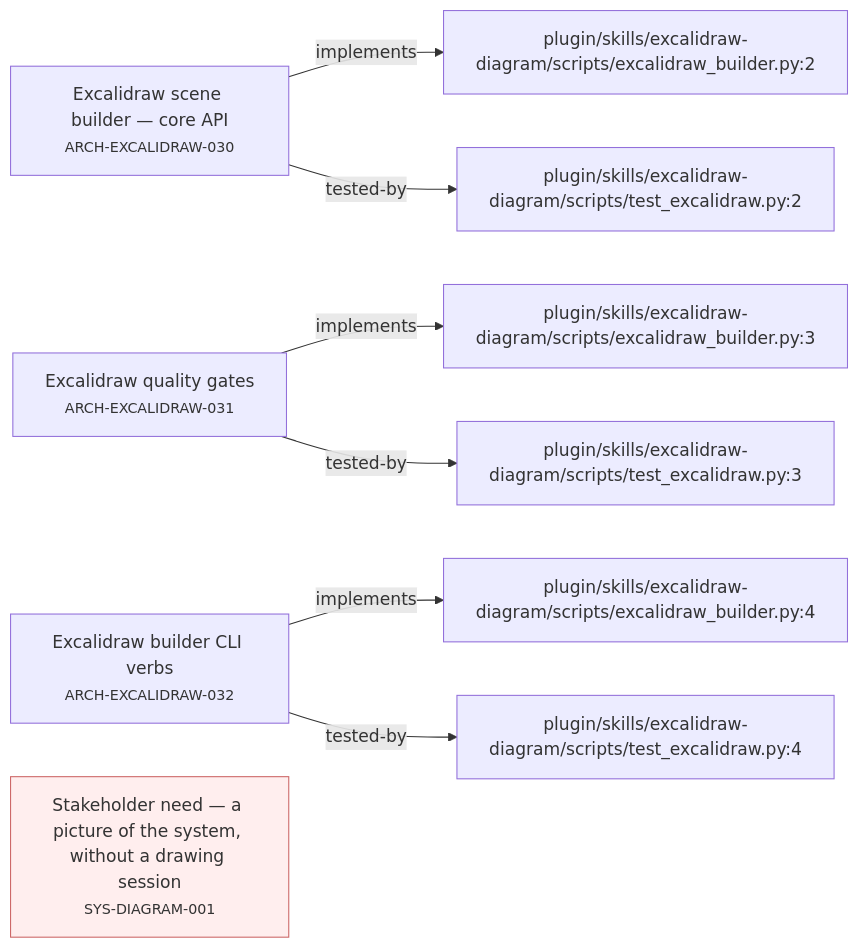
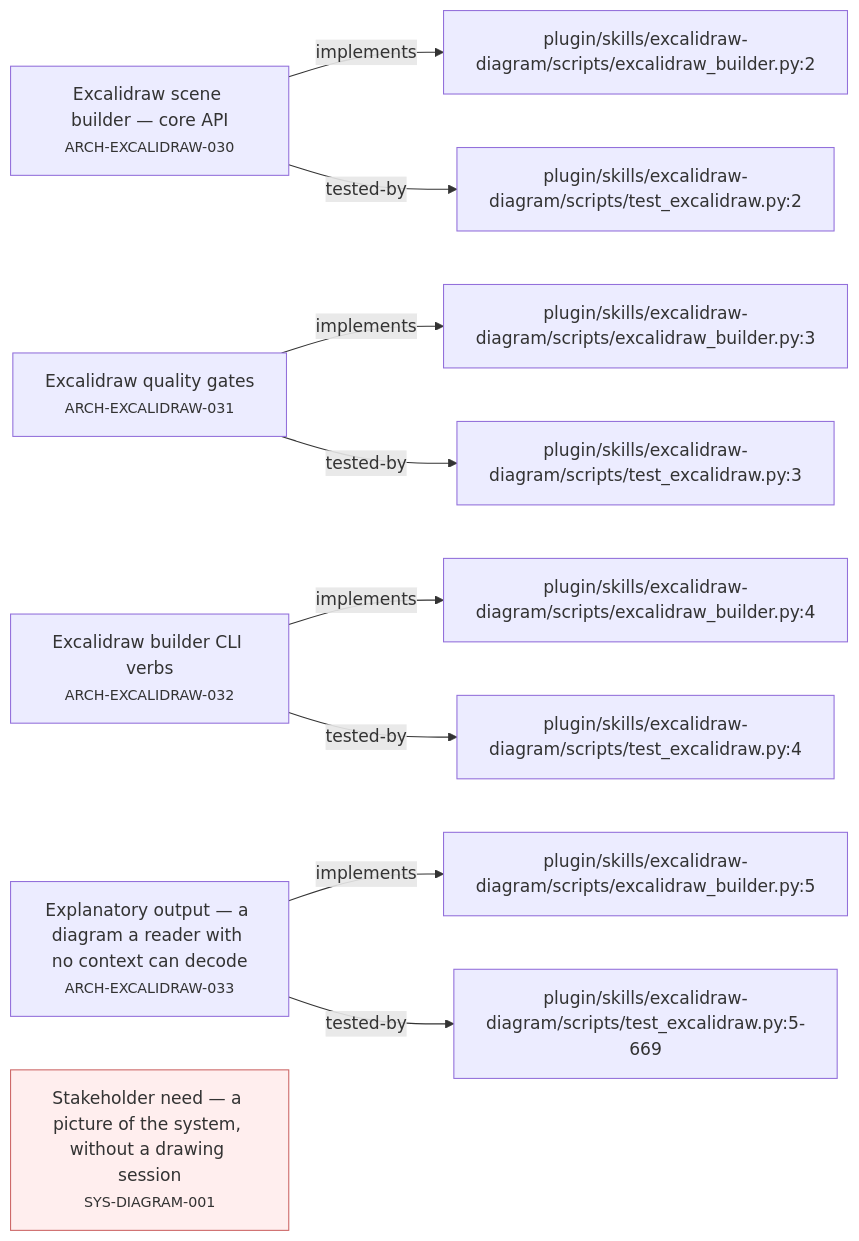
The third of 5 diagrams in plugin/requirements/_map.md (alxmax/excalidraw-diagram), drawn with Mermaid before and after one commit. The commit also changed other lines of this file and 18 other files, not shown here.

````diff
--- a/plugin/requirements/_map.md
+++ b/plugin/requirements/_map.md
@@ -56,20 +61,25 @@
 ```mermaid
 graph LR
   ARCH_EXCALIDRAW_030["Excalidraw scene builder — core API<br><small>ARCH-EXCALIDRAW-030</small>"]
   f_plugin_skills_excalidraw_diagram_scripts_excalidraw_builder_py_2["plugin/skills/excalidraw-diagram/scripts/excalidraw_builder.py:2"]
   ARCH_EXCALIDRAW_030 -->|implements| f_plugin_skills_excalidraw_diagram_scripts_excalidraw_builder_py_2
   f_plugin_skills_excalidraw_diagram_scripts_test_excalidraw_py_2["plugin/skills/excalidraw-diagram/scripts/test_excalidraw.py:2"]
   ARCH_EXCALIDRAW_030 -->|tested-by| f_plugin_skills_excalidraw_diagram_scripts_test_excalidraw_py_2
   ARCH_EXCALIDRAW_031["Excalidraw quality gates<br><small>ARCH-EXCALIDRAW-031</small>"]
   f_plugin_skills_excalidraw_diagram_scripts_excalidraw_builder_py_3["plugin/skills/excalidraw-diagram/scripts/excalidraw_builder.py:3"]
   ARCH_EXCALIDRAW_031 -->|implements| f_plugin_skills_excalidraw_diagram_scripts_excalidraw_builder_py_3
   f_plugin_skills_excalidraw_diagram_scripts_test_excalidraw_py_3["plugin/skills/excalidraw-diagram/scripts/test_excalidraw.py:3"]
   ARCH_EXCALIDRAW_031 -->|tested-by| f_plugin_skills_excalidraw_diagram_scripts_test_excalidraw_py_3
   ARCH_EXCALIDRAW_032["Excalidraw builder CLI verbs<br><small>ARCH-EXCALIDRAW-032</small>"]
   f_plugin_skills_excalidraw_diagram_scripts_excalidraw_builder_py_4["plugin/skills/excalidraw-diagram/scripts/excalidraw_builder.py:4"]
   ARCH_EXCALIDRAW_032 -->|implements| f_plugin_skills_excalidraw_diagram_scripts_excalidraw_builder_py_4
   f_plugin_skills_excalidraw_diagram_scripts_test_excalidraw_py_4["plugin/skills/excalidraw-diagram/scripts/test_excalidraw.py:4"]
   ARCH_EXCALIDRAW_032 -->|tested-by| f_plugin_skills_excalidraw_diagram_scripts_test_excalidraw_py_4
+  ARCH_EXCALIDRAW_033["Explanatory output — a diagram a reader with no context can decode<br><small>ARCH-EXCALIDRAW-033</small>"]
+  f_plugin_skills_excalidraw_diagram_scripts_excalidraw_builder_py_5["plugin/skills/excalidraw-diagram/scripts/excalidraw_builder.py:5"]
+  ARCH_EXCALIDRAW_033 -->|implements| f_plugin_skills_excalidraw_diagram_scripts_excalidraw_builder_py_5
+  f_plugin_skills_excalidraw_diagram_scripts_test_excalidraw_py_5_669["plugin/skills/excalidraw-diagram/scripts/test_excalidraw.py:5-669"]
+  ARCH_EXCALIDRAW_033 -->|tested-by| f_plugin_skills_excalidraw_diagram_scripts_test_excalidraw_py_5_669
   SYS_DIAGRAM_001["Stakeholder need — a picture of the system, without a drawing session<br><small>SYS-DIAGRAM-001</small>"]
   style SYS_DIAGRAM_001 fill:#fee,stroke:#c66
 ```
````
